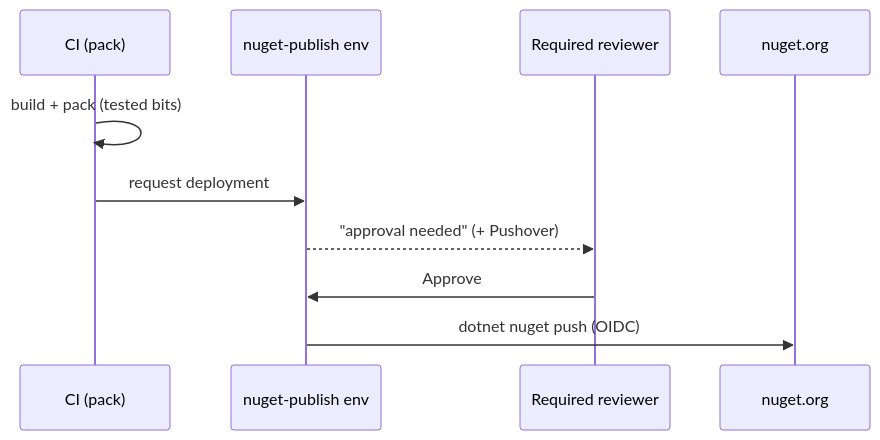
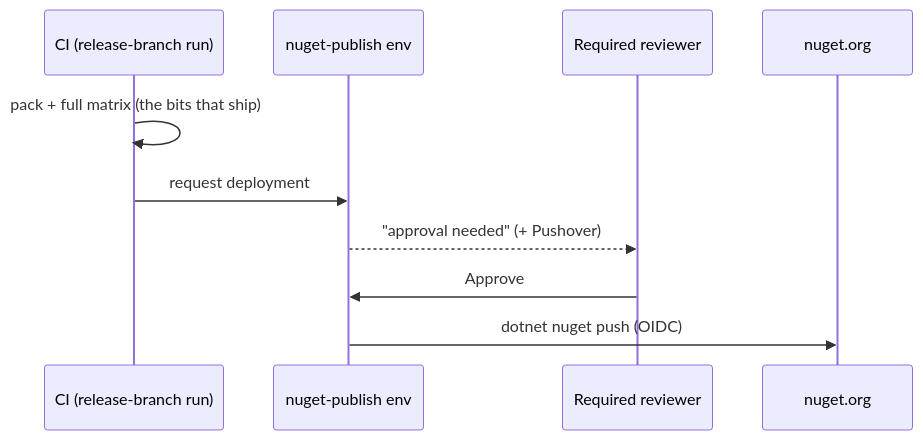
Before and after one commit to whizbang-lib/whizbang: the fifth of 5 diagrams in docs/RELEASING.md, drawn with Mermaid. The commit also changed other lines of this file and 2 other files, not shown here.

First line of the commit message:
ci(release): publish the release branch's tested packages instead of rebuilding

````diff
--- a/docs/RELEASING.md
+++ b/docs/RELEASING.md
@@ -256,12 +256,12 @@
 ```mermaid
 sequenceDiagram
-  participant CI as CI (pack)
+  participant CI as CI (release-branch run)
   participant Env as nuget-publish env
   participant You as Required reviewer
   participant Nuget as nuget.org
-  CI->>CI: build + pack (tested bits)
+  CI->>CI: pack + full matrix (the bits that ship)
   CI->>Env: request deployment
   Env-->>You: "approval needed" (+ Pushover)
   You->>Env: Approve
   Env->>Nuget: dotnet nuget push (OIDC)
 ```
````
